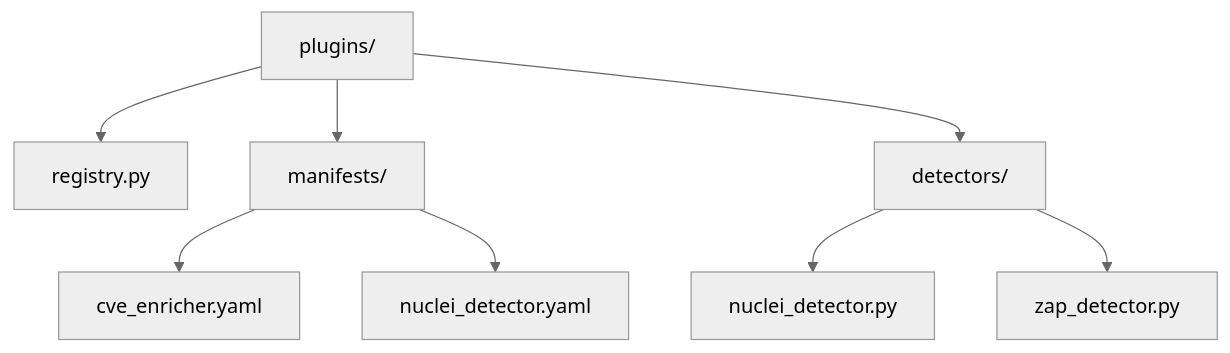
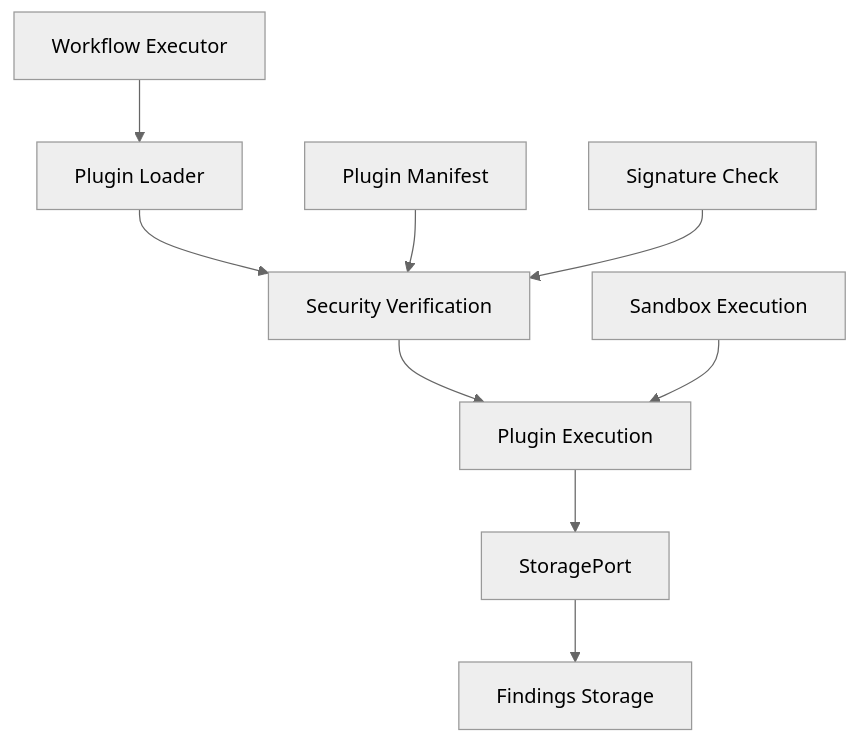
One commit to Juhertra/dev changed the second of 2 diagrams in docs/architecture/06-plugin-system.md. Above: the diagram before and after it, drawn with Mermaid. The commit also changed other lines of this file and 124 other files, not shown here.

````diff
--- a/docs/architecture/06-plugin-system.md
+++ b/docs/architecture/06-plugin-system.md
@@ -191,20 +386,24 @@
 ```mermaid
 %%{init: {"theme":"neutral"}}%%
 flowchart TD
-    A["plugins/"]
-    B["registry.py"]
-    C["manifests/"]
-    D["cve_enricher.yaml"]
-    E["nuclei_detector.yaml"]
-    F["detectors/"]
-    G["nuclei_detector.py"]
-    H["zap_detector.py"]
+    A["Workflow Executor"]
+    B["Plugin Loader"]
+    C["Security Verification"]
+    D["Plugin Execution"]
+    E["StoragePort"]
+    F["Findings Storage"]
     
     A --> B
-    A --> C
-    A --> F
+    B --> C
     C --> D
-    C --> E
-    F --> G
-    F --> H
+    D --> E
+    E --> F
+    
+    G["Plugin Manifest"]
+    H["Signature Check"]
+    I["Sandbox Execution"]
+    
+    G --> C
+    H --> C
+    I --> D
 ```
````
